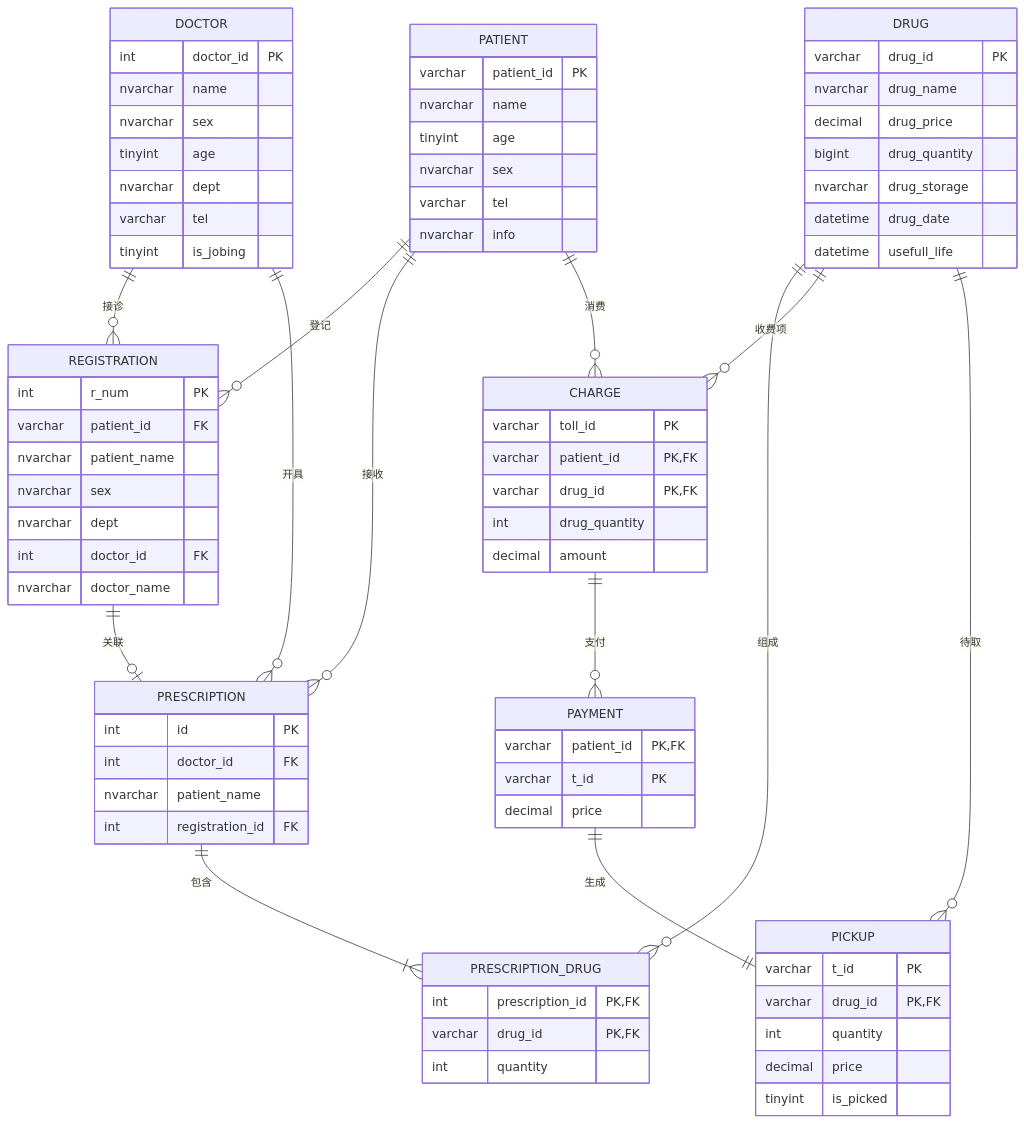
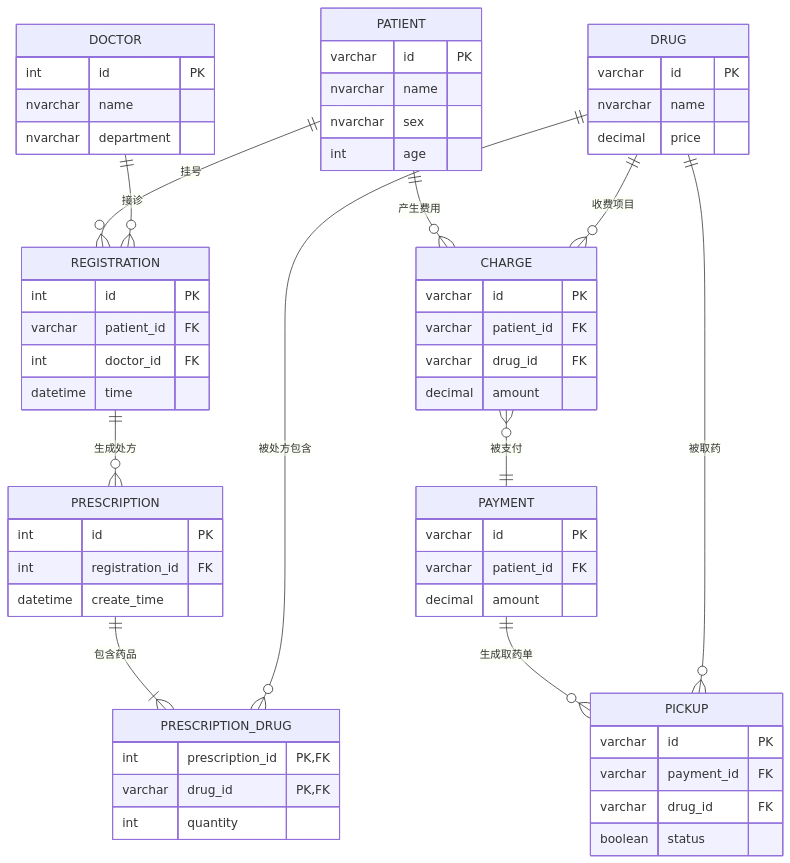
Before and after one commit to passer238/hospital-management-system-3123004721: the fourth of 13 diagrams in 医院信息管理系统课程设计报告_袁子轩_3123004721.md, drawn with Mermaid. The commit also changed other lines of this file and 5 other files, not shown here.

````diff
--- a/医院信息管理系统课程设计报告_袁子轩_3123004721.md
+++ b/医院信息管理系统课程设计报告_袁子轩_3123004721.md
@@ -391,62 +380,46 @@
 ```mermaid
 erDiagram
-    PATIENT ||--o{ REGISTRATION : "登记"
+    PATIENT ||--o{ REGISTRATION : "挂号"
     DOCTOR ||--o{ REGISTRATION : "接诊"
-    REGISTRATION ||--o| PRESCRIPTION : "关联"
-    DOCTOR ||--o{ PRESCRIPTION : "开具"
-    PATIENT ||--o{ PRESCRIPTION : "接收"
-    PRESCRIPTION ||--|{ PRESCRIPTION_DRUG : "包含"
-    DRUG ||--o{ PRESCRIPTION_DRUG : "组成"
-    DRUG ||--o{ CHARGE : "收费项"
-    PATIENT ||--o{ CHARGE : "消费"
-    CHARGE ||--o{ PAYMENT : "支付"
-    PAYMENT ||--|| PICKUP : "生成"
-    DRUG ||--o{ PICKUP : "待取"
+    REGISTRATION ||--o{ PRESCRIPTION : "生成处方"
+    PRESCRIPTION ||--|{ PRESCRIPTION_DRUG : "包含药品"
+    DRUG ||--o{ PRESCRIPTION_DRUG : "被处方包含"
+    PATIENT ||--o{ CHARGE : "产生费用"
+    DRUG ||--o{ CHARGE : "收费项目"
+    CHARGE }o--|| PAYMENT : "被支付"
+    PAYMENT ||--o{ PICKUP : "生成取药单"
+    DRUG ||--o{ PICKUP : "被取药"
     
     PATIENT {
-        varchar patient_id PK
+        varchar id PK
         nvarchar name
-        tinyint age
         nvarchar sex
-        varchar tel
-        nvarchar info
+        int age
     }
     
     DOCTOR {
-        int doctor_id PK
+        int id PK
         nvarchar name
-        nvarchar sex
-        tinyint age
-        nvarchar dept
-        varchar tel
-        tinyint is_jobing
+        nvarchar department
     }
     
     REGISTRATION {
-        int r_num PK
+        int id PK
         varchar patient_id FK
-        nvarchar patient_name
-        nvarchar sex
-        nvarchar dept
         int doctor_id FK
-        nvarchar doctor_name
+        datetime time
     }
     
     PRESCRIPTION {
         int id PK
-        int doctor_id FK
-        nvarchar patient_name
         int registration_id FK
+        datetime create_time
     }
     
     DRUG {
-        varchar drug_id PK
-        nvarchar drug_name
-        decimal drug_price
-        bigint drug_quantity
-        nvarchar drug_storage
-        datetime drug_date
-        datetime usefull_life
+        varchar id PK
+        nvarchar name
+        decimal price
     }
     
     PRESCRIPTION_DRUG {
@@ -456,24 +429,22 @@
     }
     
     CHARGE {
-        varchar toll_id PK
-        varchar patient_id PK,FK
-        varchar drug_id PK,FK
-        int drug_quantity
+        varchar id PK
+        varchar patient_id FK
+        varchar drug_id FK
         decimal amount
     }
     
     PAYMENT {
-        varchar patient_id PK,FK
-        varchar t_id PK
-        decimal price
+        varchar id PK
+        varchar patient_id FK
+        decimal amount
     }
     
     PICKUP {
-        varchar t_id PK
-        varchar drug_id PK,FK
-        int quantity
-        decimal price
-        tinyint is_picked
+        varchar id PK
+        varchar payment_id FK
+        varchar drug_id FK
+        boolean status
     }
 ```
````
